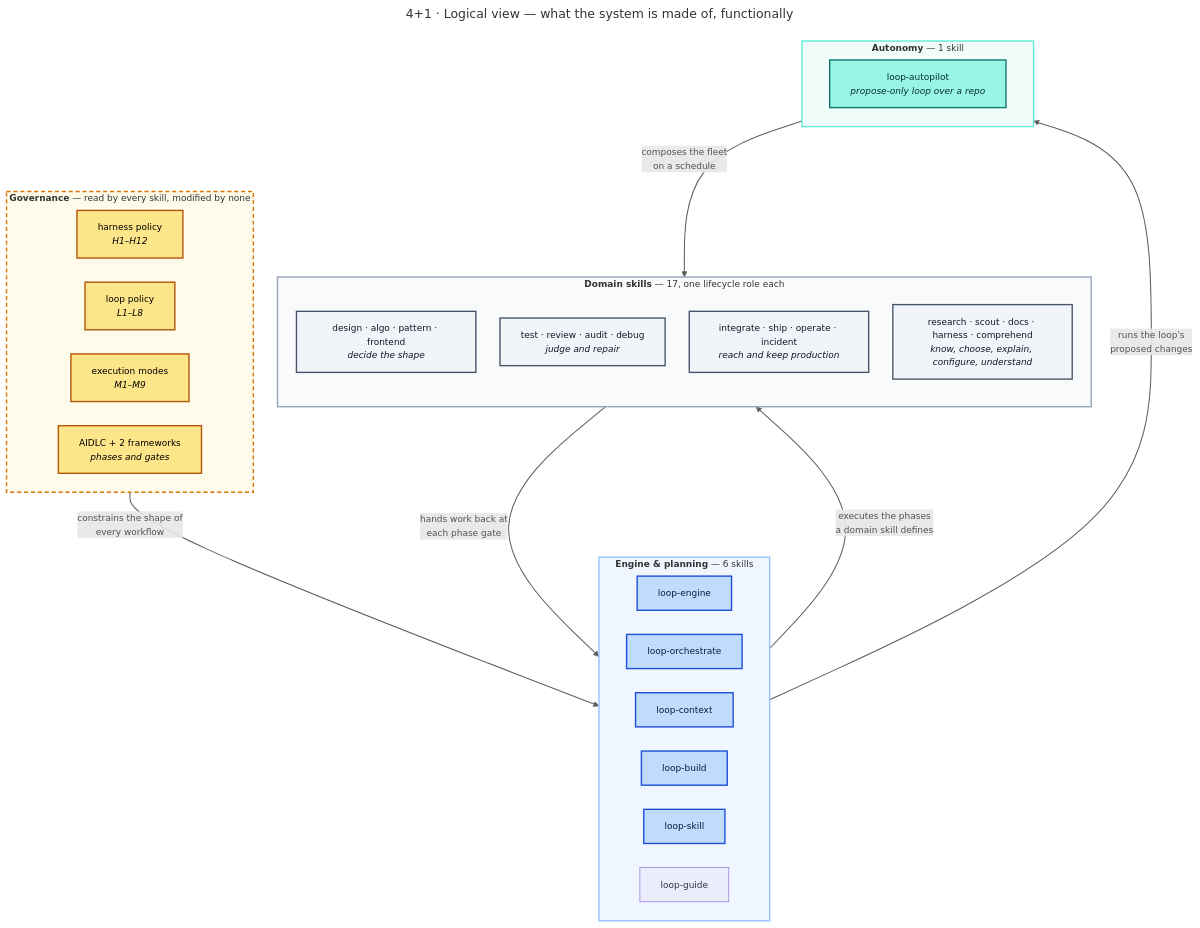
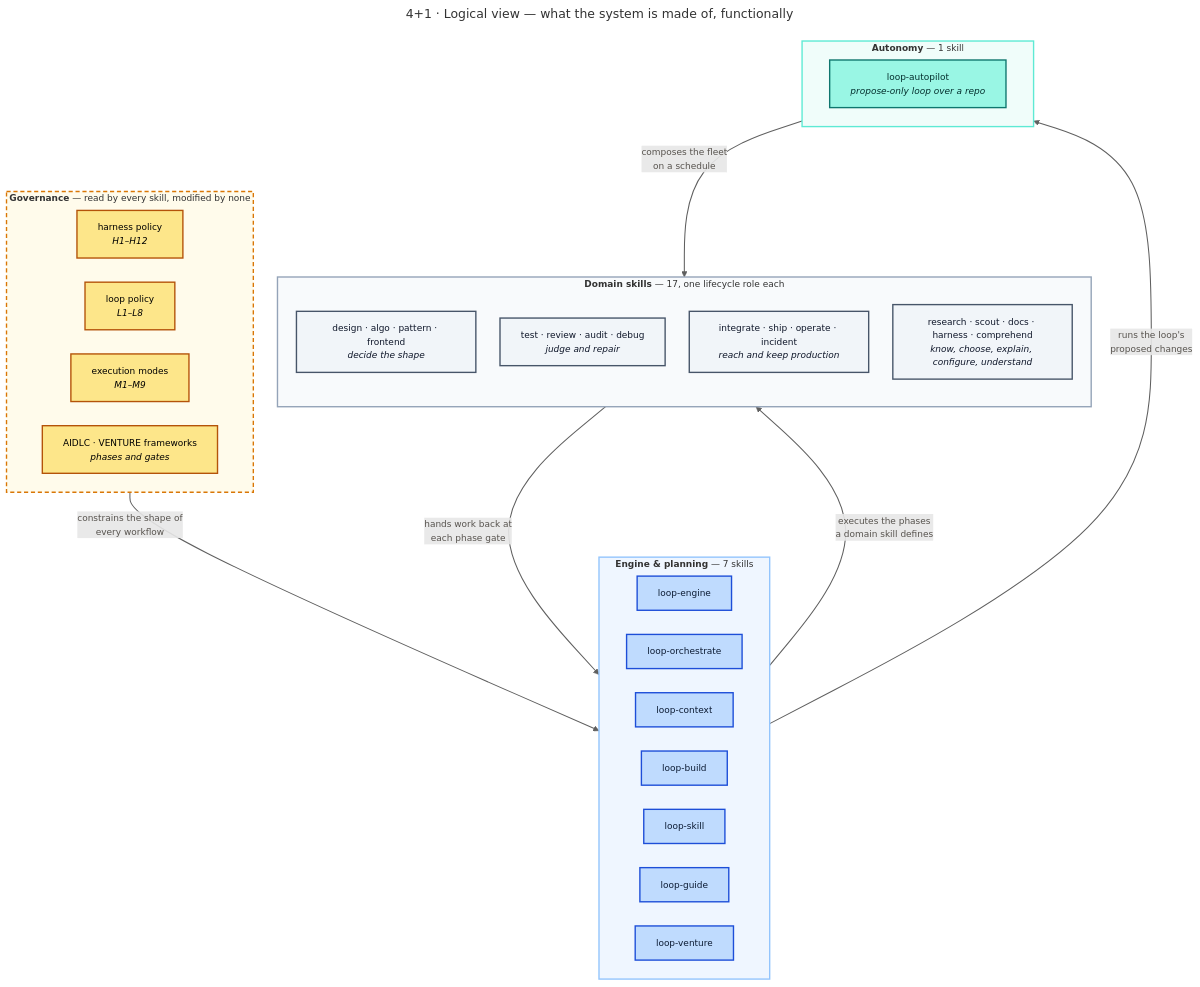
One commit to santapong/Proof changed the diagram in docs/c4/diagrams/src/view-logical.mmd. Above: the diagram before and after it, drawn with Mermaid. The commit also changed 23 other files, not shown here.

First line of the commit message:
Docs + diagrams: de-stale the whole surface to the 25-skill fleet

```diff
--- a/docs/c4/diagrams/src/view-logical.mmd
+++ b/docs/c4/diagrams/src/view-logical.mmd
@@ -1,54 +1,55 @@
 ---
 title: "4+1 · Logical view — what the system is made of, functionally"
 ---
 %%{init: {"flowchart": {"curve": "basis", "nodeSpacing": 35, "rankSpacing": 55}, "themeVariables": {"fontFamily": "Segoe UI, Helvetica, Arial, sans-serif", "fontSize": "13px"}}}%%
 flowchart TB
     subgraph gov["<b>Governance</b> — read by every skill, modified by none"]
         direction LR
         harness["harness policy<br/><i>H1–H12</i>"]
         loop["loop policy<br/><i>L1–L8</i>"]
         modes["execution modes<br/><i>M1–M9</i>"]
-        aidlc["AIDLC + 2 frameworks<br/><i>phases and gates</i>"]
+        aidlc["AIDLC · VENTURE frameworks<br/><i>phases and gates</i>"]
     end
 
-    subgraph engine["<b>Engine &amp; planning</b> — 6 skills"]
+    subgraph engine["<b>Engine &amp; planning</b> — 7 skills"]
         direction LR
         e1["loop-engine"]
         e2["loop-orchestrate"]
         e3["loop-context"]
         e4["loop-build"]
         e5["loop-skill"]
         e6["loop-guide"]
+        e7["loop-venture"]
     end
 
     subgraph domain["<b>Domain skills</b> — 17, one lifecycle role each"]
         direction TB
         d1["design · algo · pattern · frontend<br/><i>decide the shape</i>"]
         d2["test · review · audit · debug<br/><i>judge and repair</i>"]
         d3["integrate · ship · operate · incident<br/><i>reach and keep production</i>"]
         d4["research · scout · docs · harness · comprehend<br/><i>know, choose, explain, configure, understand</i>"]
     end
 
     subgraph auto["<b>Autonomy</b> — 1 skill"]
         a1["loop-autopilot<br/><i>propose-only loop over a repo</i>"]
     end
 
     gov -- "constrains the shape of<br/>every workflow" --> engine
     engine -- "executes the phases<br/>a domain skill defines" --> domain
     domain -- "hands work back at<br/>each phase gate" --> engine
     auto -- "composes the fleet<br/>on a schedule" --> domain
     engine -- "runs the loop's<br/>proposed changes" --> auto
 
     classDef law fill:#FDE68A,stroke:#B45309,stroke-width:2px,color:#000
     classDef eng fill:#BFDBFE,stroke:#1D4ED8,stroke-width:2px,color:#0C1B33
     classDef dom fill:#F1F5F9,stroke:#475569,stroke-width:2px,color:#0F172A
     classDef aut fill:#99F6E4,stroke:#0F766E,stroke-width:2px,color:#042F2E
     class harness,loop,modes,aidlc law
-    class e1,e2,e3,e4,e5 eng
+    class e1,e2,e3,e4,e5,e6,e7 eng
     class d1,d2,d3,d4 dom
     class a1 aut
     style gov fill:#FFFBEB,stroke:#D97706,stroke-width:2px,stroke-dasharray:6 4
     style engine fill:#EFF6FF,stroke:#93C5FD,stroke-width:2px
     style domain fill:#F8FAFC,stroke:#94A3B8,stroke-width:2px
     style auto fill:#F0FDFA,stroke:#5EEAD4,stroke-width:2px
     linkStyle default stroke:#5F5F5F,stroke-width:1.5px,color:#57534E
```
